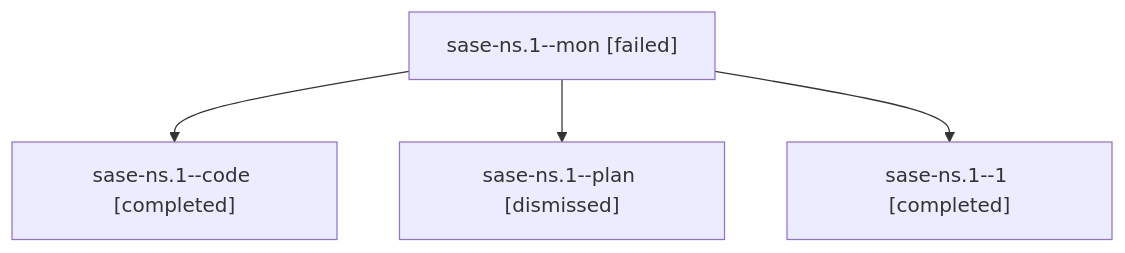
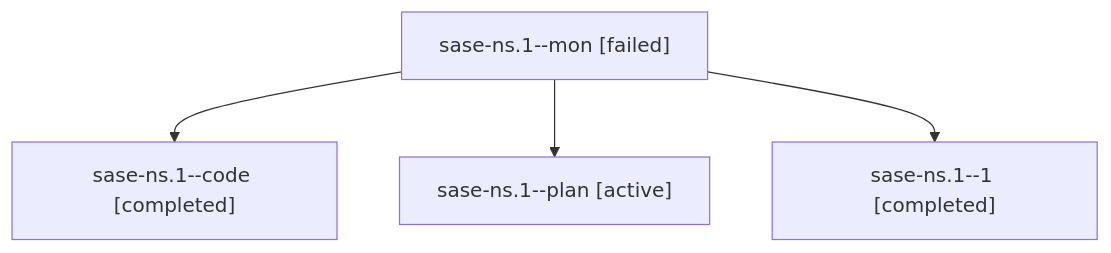
One commit to sase-org/sase--agents changed the diagram in families/bbugyi200.athena.sase-ns.1.md. Above: the diagram before and after it, drawn with Mermaid. The commit also changed other lines of this file and 35830 other files, not shown here.

````diff
--- a/families/bbugyi200.athena.sase-ns.1.md
+++ b/families/bbugyi200.athena.sase-ns.1.md
@@ -9,10 +9,10 @@
 ```mermaid
 flowchart TD
   n0["sase-ns.1--mon [failed]"]
   n1["sase-ns.1--code [completed]"]
   n0 --> n1
-  n2["sase-ns.1--plan [dismissed]"]
+  n2["sase-ns.1--plan [active]"]
   n0 --> n2
   n3["sase-ns.1--1 [completed]"]
   n0 --> n3
 ```
````
